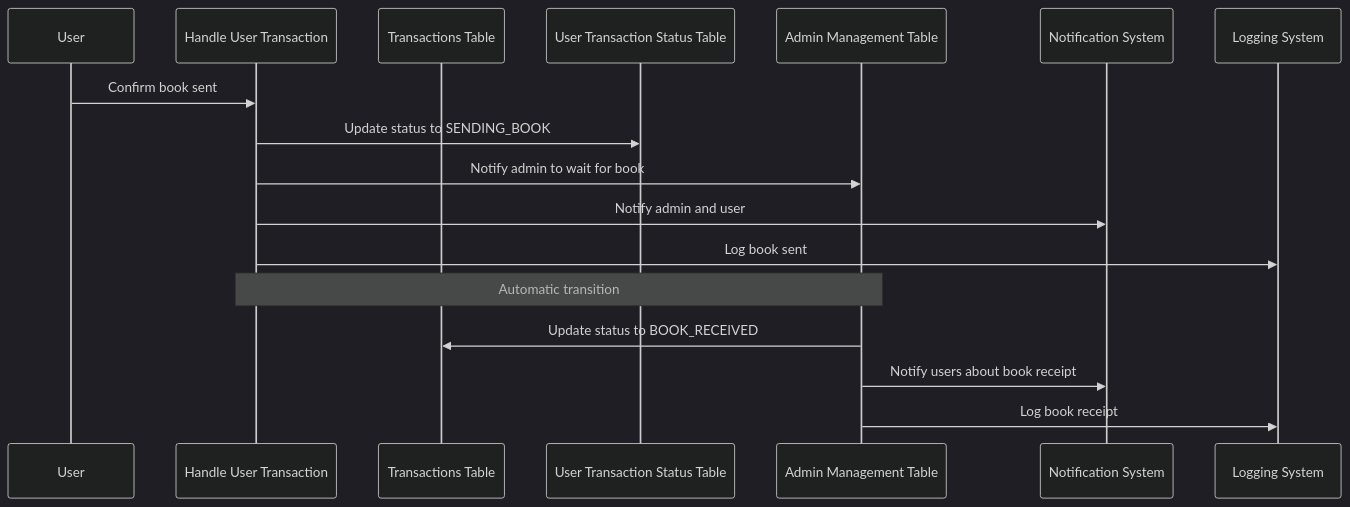
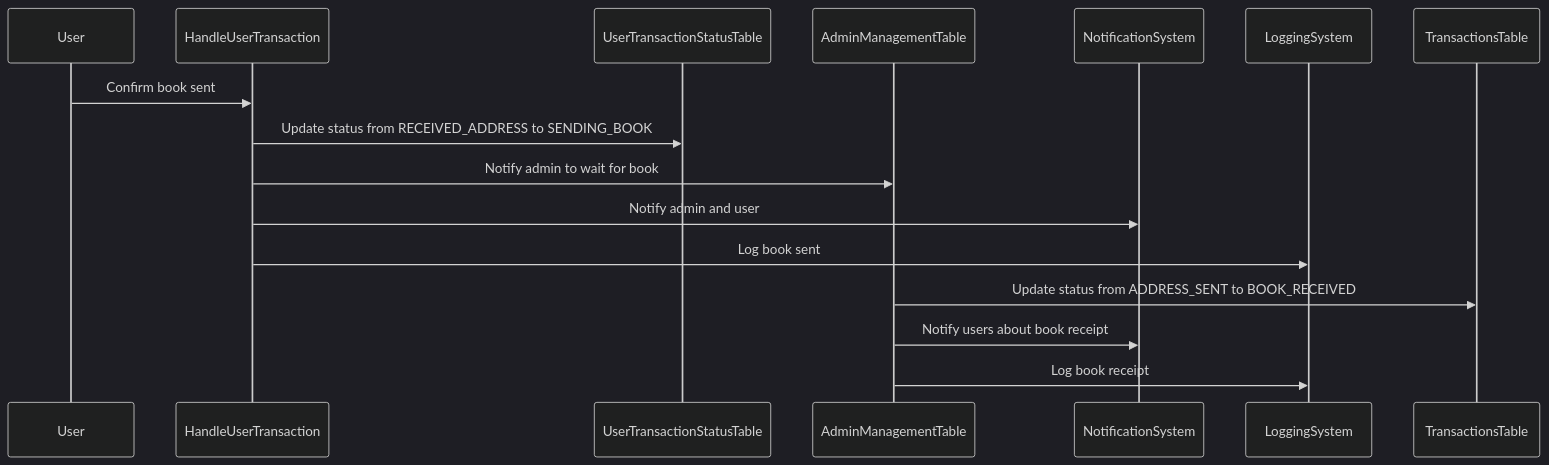
Before and after one commit to Loknong/book-exchange: the eighth of 11 diagrams in documents/Exchange.flow.md, drawn with Mermaid (dark theme). The commit also changed other lines of this file and 1 other file, not shown here.

````diff
--- a/documents/Exchange.flow.md
+++ b/documents/Exchange.flow.md
@@ -254,21 +262,20 @@
 ```mermaid
 sequenceDiagram
-    participant User
-    participant HandleUserTransaction as Handle User Transaction
-    participant TransactionsTable as Transactions Table
-    participant UserTransactionStatusTable as User Transaction Status Table
-    participant AdminManagementTable as Admin Management Table
-    participant NotificationSystem as Notification System
-    participant LoggingSystem as Logging System
+    %% participant User
+    %% participant HandleUserTransaction as Handle User Transaction
+    %% participant TransactionsTable as Transactions Table
+    %% participant UserTransactionStatusTable as User Transaction Status Table
+    %% participant AdminManagementTable as Admin Management Table
+    %% participant NotificationSystem as Notification System
+    %% participant LoggingSystem as Logging System
 
     User->>HandleUserTransaction: Confirm book sent
-    HandleUserTransaction->>UserTransactionStatusTable: Update status to SENDING_BOOK
+    HandleUserTransaction->>UserTransactionStatusTable: Update status from RECEIVED_ADDRESS to SENDING_BOOK
     HandleUserTransaction->>AdminManagementTable: Notify admin to wait for book
     HandleUserTransaction->>NotificationSystem: Notify admin and user
     HandleUserTransaction->>LoggingSystem: Log book sent
 
-    note over HandleUserTransaction, AdminManagementTable: Automatic transition
-    AdminManagementTable->>TransactionsTable: Update status to BOOK_RECEIVED
+    AdminManagementTable->>TransactionsTable: Update status from ADDRESS_SENT to BOOK_RECEIVED
     AdminManagementTable->>NotificationSystem: Notify users about book receipt
     AdminManagementTable->>LoggingSystem: Log book receipt
 ```
````
